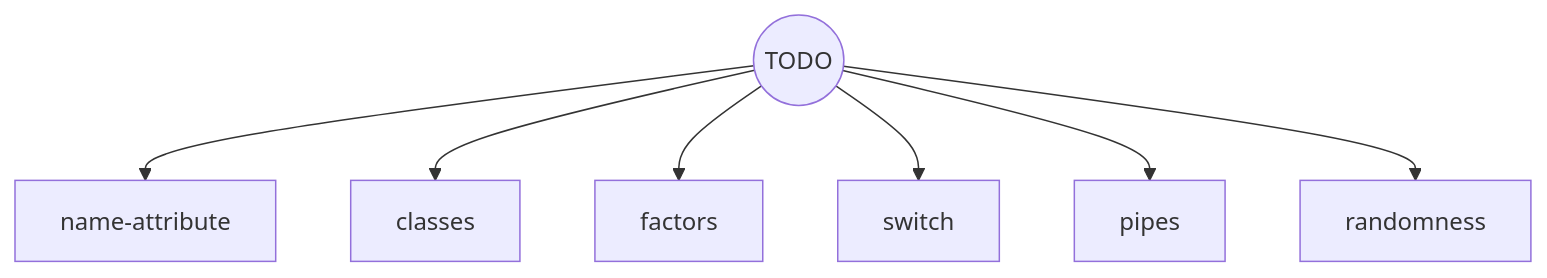
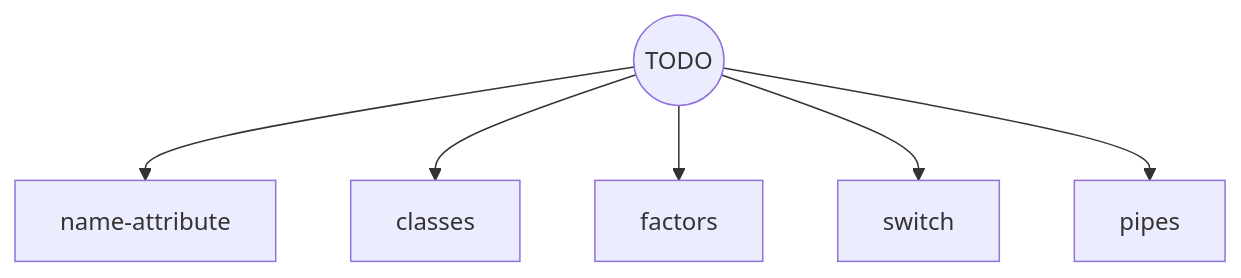
The second of 2 diagrams in flowchart.md (colinleach/r_concepts), drawn with Mermaid before and after one commit. The commit also changed other lines of this file and 6 other files, not shown here.

````diff
--- a/flowchart.md
+++ b/flowchart.md
@@ -32,10 +36,9 @@
 ```mermaid
 graph TD
     
 todo(("TODO")) --> name-attribute
 todo --> classes
 todo --> factors 
 todo --> switch
 todo --> pipes
-todo --> randomness
 ```
````
